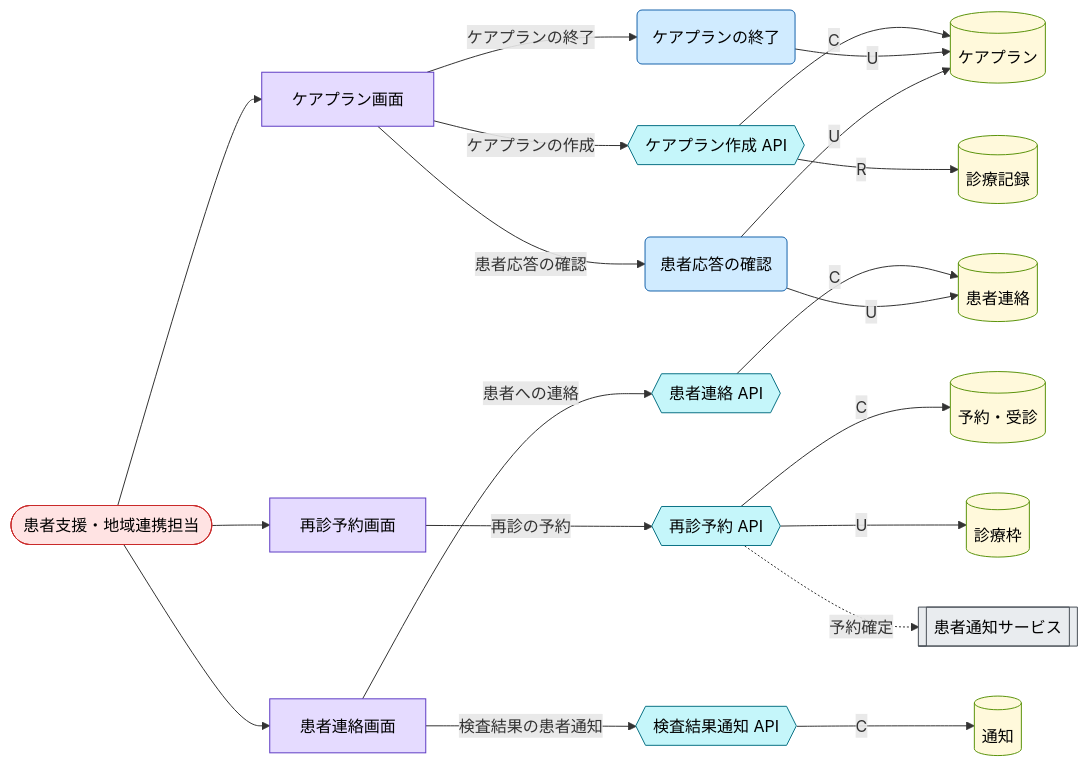
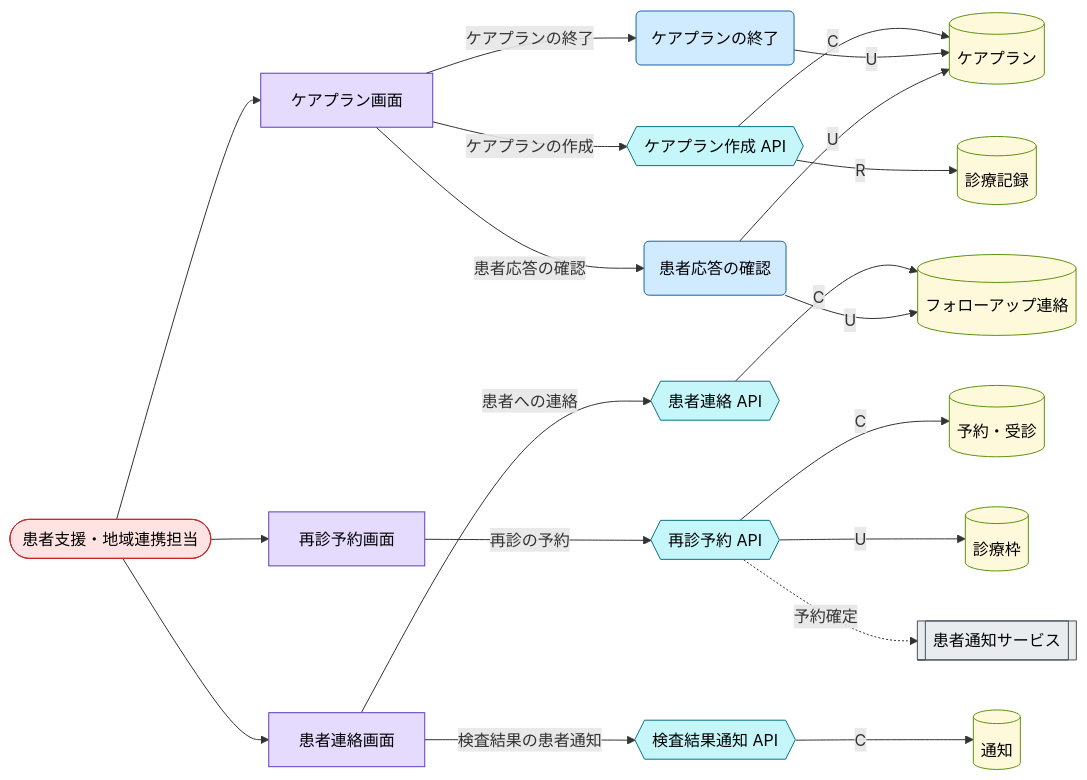
One commit to manji-0/rdra-ish-dsl changed the diagram in samples/clinic-ops/out/buc/robustness_followup_care.mmd. Above: the diagram before and after it, drawn with Mermaid. The commit also changed 25 other files, not shown here.

```diff
--- a/samples/clinic-ops/out/buc/robustness_followup_care.mmd
+++ b/samples/clinic-ops/out/buc/robustness_followup_care.mmd
@@ -1,46 +1,46 @@
 %% rdra-ish diagram=robustness scope=buc:BucFollowupCare model=samples/clinic-ops
 %% kinds: actor extsystem screen api usecase entity
-%% omitted: buc step medium permission event
+%% omitted: buc step medium permission event condition
 flowchart LR
   actor__CareCoordinator(["患者支援・地域連携担当"]):::actor
   extsystem__MessagingGateway[["患者通知サービス"]]:::extsystem
   screen__CarePlanScreen["ケアプラン画面"]:::screen
   screen__FollowUpScheduleScreen["再診予約画面"]:::screen
   screen__PatientMessageScreen["患者連絡画面"]:::screen
   api__CreateCarePlanApi{{"ケアプラン作成 API"}}:::api
   api__FollowUpScheduleApi{{"再診予約 API"}}:::api
   api__NotifyPatientResultApi{{"検査結果通知 API"}}:::api
   api__SendFollowUpMessageApi{{"患者連絡 API"}}:::api
   usecase__CloseCarePlan("ケアプランの終了"):::usecase
   usecase__ReviewPatientResponse("患者応答の確認"):::usecase
   entity__Appointment[("予約・受診")]:::entity
   entity__CarePlan[("ケアプラン")]:::entity
   entity__Encounter[("診療記録")]:::entity
+  entity__FollowUpMessage[("フォローアップ連絡")]:::entity
   entity__Notification[("通知")]:::entity
-  entity__PatientMessage[("患者連絡")]:::entity
   entity__ProviderSchedule[("診療枠")]:::entity
   actor__CareCoordinator --> screen__CarePlanScreen
   actor__CareCoordinator --> screen__FollowUpScheduleScreen
   actor__CareCoordinator --> screen__PatientMessageScreen
   api__CreateCarePlanApi -->|C| entity__CarePlan
   api__CreateCarePlanApi -->|R| entity__Encounter
   api__FollowUpScheduleApi -->|C| entity__Appointment
   api__FollowUpScheduleApi -->|U| entity__ProviderSchedule
   api__FollowUpScheduleApi -.->|予約確定| extsystem__MessagingGateway
   api__NotifyPatientResultApi -->|C| entity__Notification
-  api__SendFollowUpMessageApi -->|C| entity__PatientMessage
+  api__SendFollowUpMessageApi -->|C| entity__FollowUpMessage
   screen__CarePlanScreen -->|ケアプランの作成| api__CreateCarePlanApi
   screen__CarePlanScreen -->|ケアプランの終了| usecase__CloseCarePlan
   screen__CarePlanScreen -->|患者応答の確認| usecase__ReviewPatientResponse
   screen__FollowUpScheduleScreen -->|再診の予約| api__FollowUpScheduleApi
   screen__PatientMessageScreen -->|患者への連絡| api__SendFollowUpMessageApi
   screen__PatientMessageScreen -->|検査結果の患者通知| api__NotifyPatientResultApi
   usecase__CloseCarePlan -->|U| entity__CarePlan
   usecase__ReviewPatientResponse -->|U| entity__CarePlan
-  usecase__ReviewPatientResponse -->|U| entity__PatientMessage
+  usecase__ReviewPatientResponse -->|U| entity__FollowUpMessage
   classDef actor fill:#ffe3e3,stroke:#c92a2a,color:#000;
   classDef extsystem fill:#e9ecef,stroke:#495057,color:#000;
   classDef screen fill:#e5dbff,stroke:#5f3dc4,color:#000;
   classDef api fill:#c5f6fa,stroke:#0b7285,color:#000;
   classDef usecase fill:#d0ebff,stroke:#1864ab,color:#000;
   classDef entity fill:#fff9db,stroke:#5c940d,color:#000;
```
